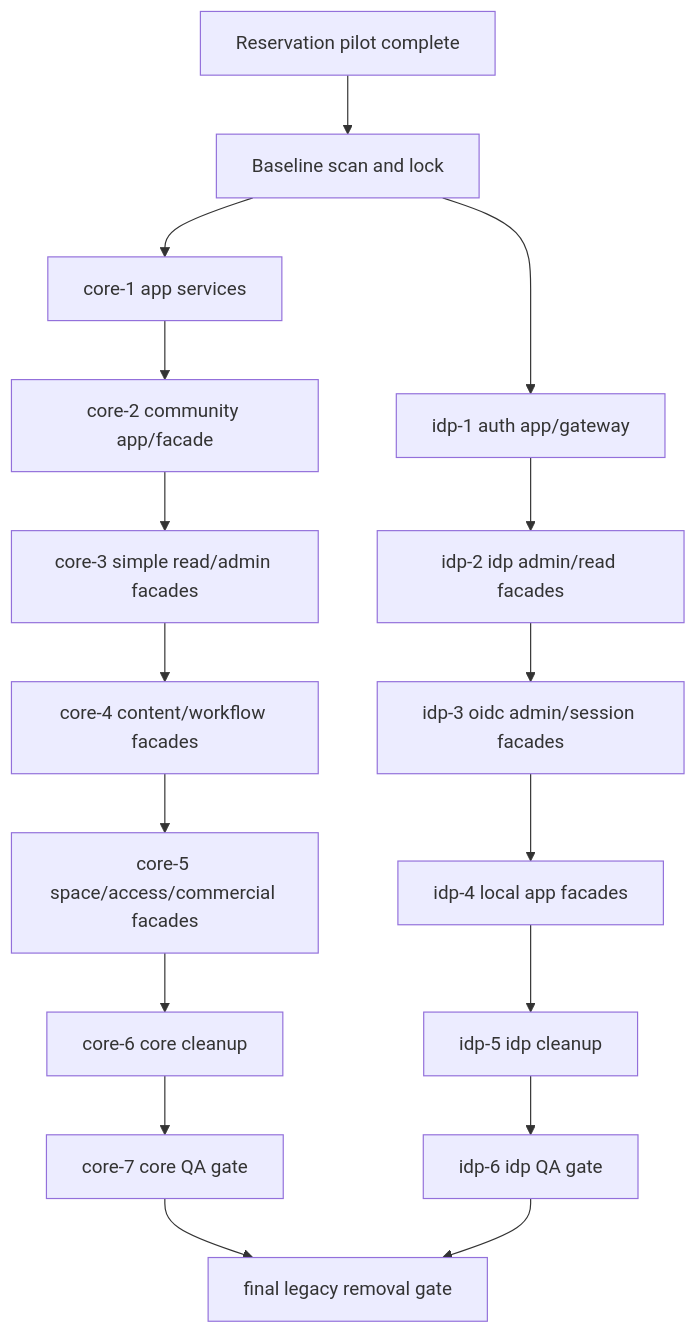
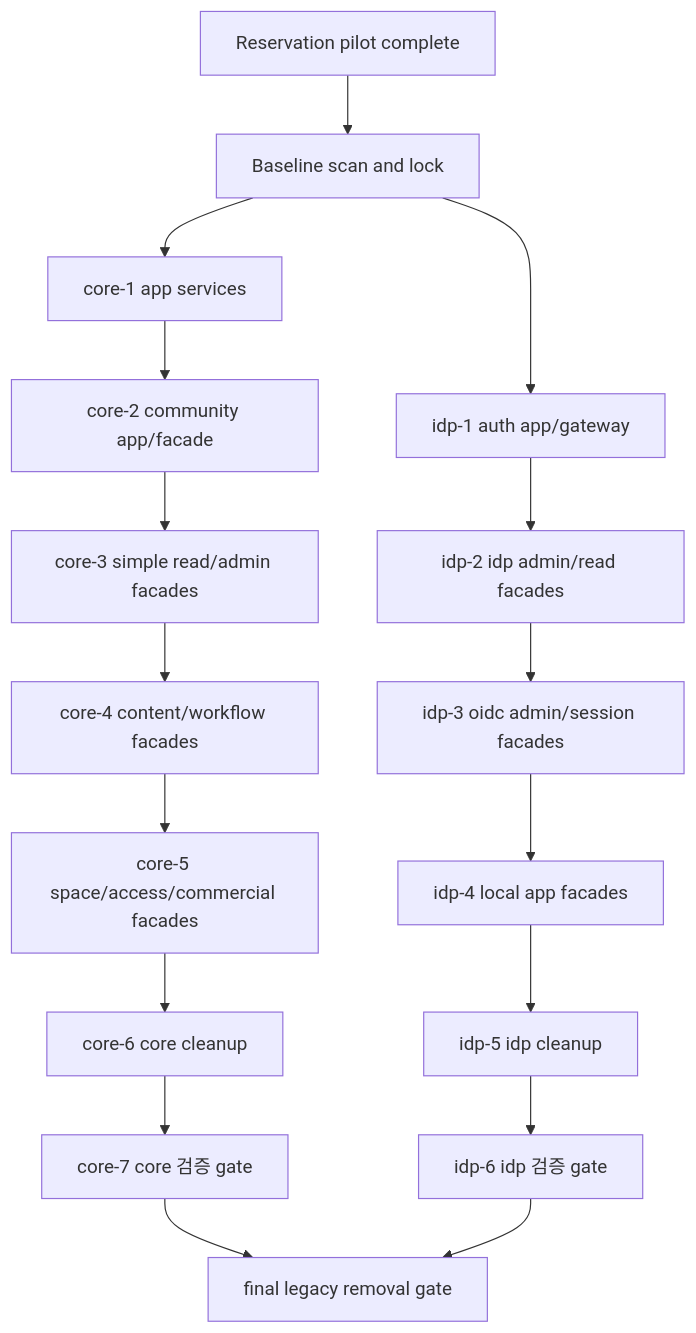
The second of 2 diagrams in docs/backend/cqrs-usecase-migration.md (kimjoongwon/prj-core), drawn with Mermaid before and after one commit. The commit also changed other lines of this file and 413 other files, not shown here.

````diff
--- a/docs/backend/cqrs-usecase-migration.md
+++ b/docs/backend/cqrs-usecase-migration.md
@@ -352,19 +352,19 @@
 ```mermaid
 flowchart TD
   R["Reservation pilot complete"] --> B0["Baseline scan and lock"]
   B0 --> CP1["core-1 app services"]
   CP1 --> CP2["core-2 community app/facade"]
   CP2 --> CP3["core-3 simple read/admin facades"]
   CP3 --> CP4["core-4 content/workflow facades"]
   CP4 --> CP5["core-5 space/access/commercial facades"]
   CP5 --> CP6["core-6 core cleanup"]
-  CP6 --> CP7["core-7 core QA gate"]
+  CP6 --> CP7["core-7 core 검증 gate"]
   B0 --> IP1["idp-1 auth app/gateway"]
   IP1 --> IP2["idp-2 idp admin/read facades"]
   IP2 --> IP3["idp-3 oidc admin/session facades"]
   IP3 --> IP4["idp-4 local app facades"]
   IP4 --> IP5["idp-5 idp cleanup"]
-  IP5 --> IP6["idp-6 idp QA gate"]
+  IP5 --> IP6["idp-6 idp 검증 gate"]
   CP7 --> F["final legacy removal gate"]
   IP6 --> F
 ```
````
